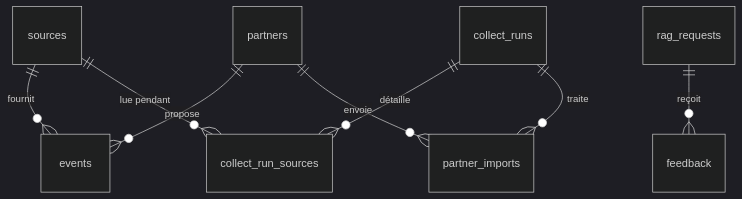
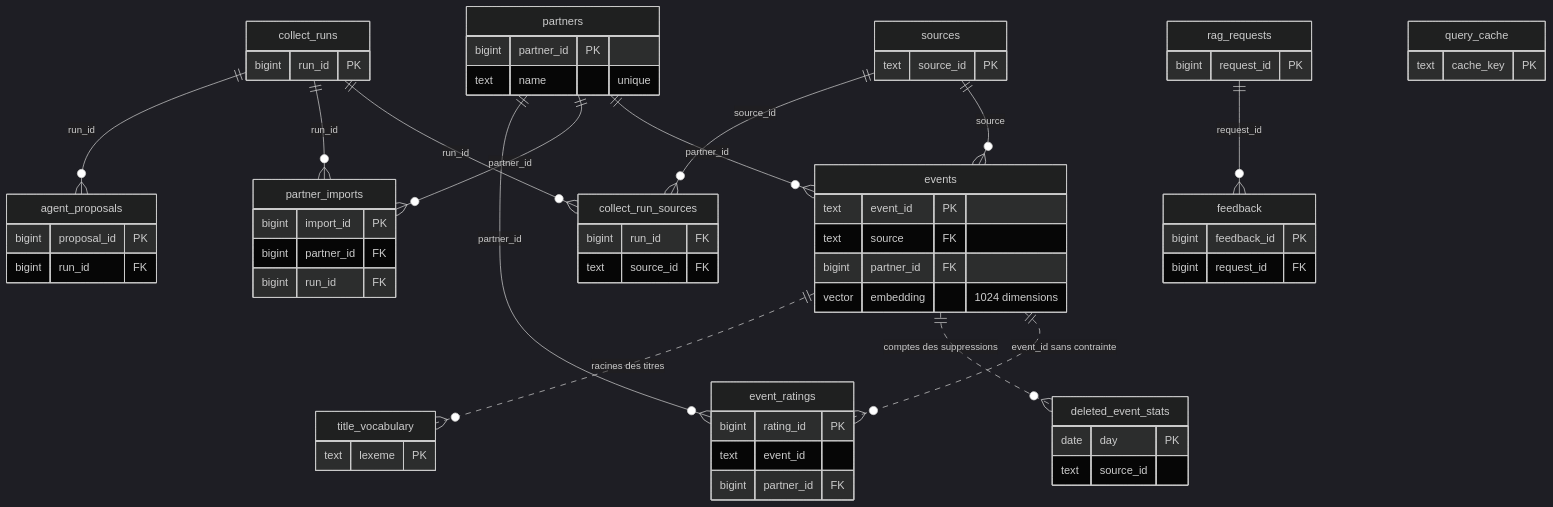
Before and after one commit to gonzalezcourrier34-glitch/SortirIA: the diagram in docs/base_de_donnees.md, drawn with Mermaid (dark theme). The commit also changed other lines of this file and 40 other files, not shown here.

Commit message:
Doc : base de données complète (13 tables, 6 vues, liens), notes de l'agent et des sources intégrées, site sans référence aux notes privées

````diff
--- a/docs/base_de_donnees.md
+++ b/docs/base_de_donnees.md
@@ -26,10 +66,67 @@
 ```mermaid
 erDiagram
-    sources ||--o{ events : "fournit"
-    partners ||--o{ events : "propose"
-    partners ||--o{ partner_imports : "envoie"
-    collect_runs ||--o{ collect_run_sources : "détaille"
-    sources ||--o{ collect_run_sources : "lue pendant"
-    collect_runs ||--o{ partner_imports : "traite"
-    rag_requests ||--o{ feedback : "reçoit"
+    sources ||--o{ events : "source"
+    sources ||--o{ collect_run_sources : "source_id"
+    partners ||--o{ events : "partner_id"
+    partners ||--o{ partner_imports : "partner_id"
+    partners ||--o{ event_ratings : "partner_id"
+    collect_runs ||--o{ collect_run_sources : "run_id"
+    collect_runs ||--o{ partner_imports : "run_id"
+    collect_runs ||--o{ agent_proposals : "run_id"
+    rag_requests ||--o{ feedback : "request_id"
+    events ||..o{ event_ratings : "event_id sans contrainte"
+    events ||..o{ deleted_event_stats : "comptes des suppressions"
+    events ||..o{ title_vocabulary : "racines des titres"
+
+    sources {
+        text source_id PK
+    }
+    partners {
+        bigint partner_id PK
+        text name "unique"
+    }
+    partner_imports {
+        bigint import_id PK
+        bigint partner_id FK
+        bigint run_id FK
+    }
+    events {
+        text event_id PK
+        text source FK
+        bigint partner_id FK
+        vector embedding "1024 dimensions"
+    }
+    collect_runs {
+        bigint run_id PK
+    }
+    collect_run_sources {
+        bigint run_id FK
+        text source_id FK
+    }
+    agent_proposals {
+        bigint proposal_id PK
+        bigint run_id FK
+    }
+    deleted_event_stats {
+        date day PK
+        text source_id
+    }
+    rag_requests {
+        bigint request_id PK
+    }
+    feedback {
+        bigint feedback_id PK
+        bigint request_id FK
+    }
+    query_cache {
+        text cache_key PK
+    }
+    title_vocabulary {
+        text lexeme PK
+    }
+    event_ratings {
+        bigint rating_id PK
+        text event_id
+        bigint partner_id FK
+    }
 ```
````
